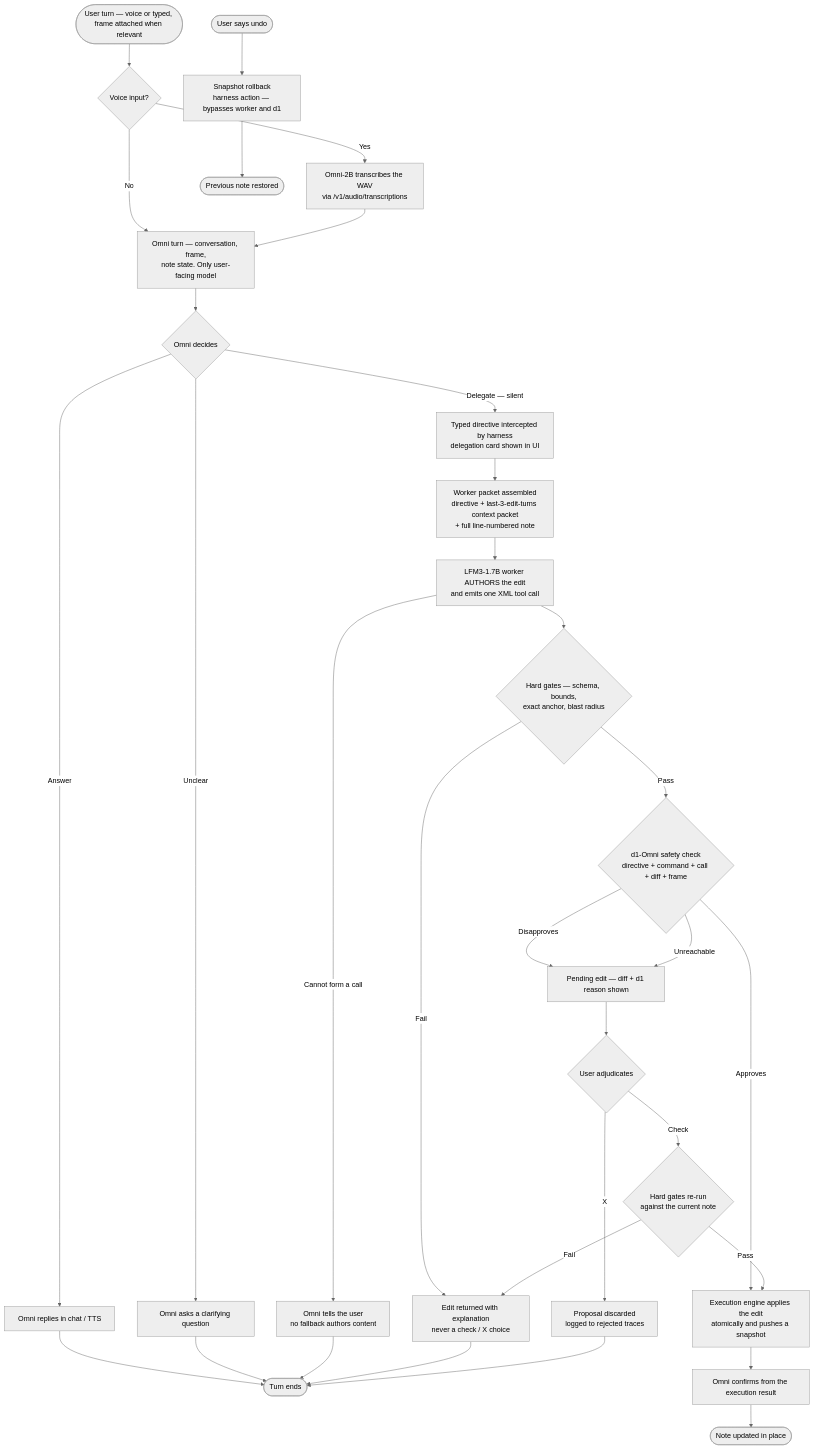
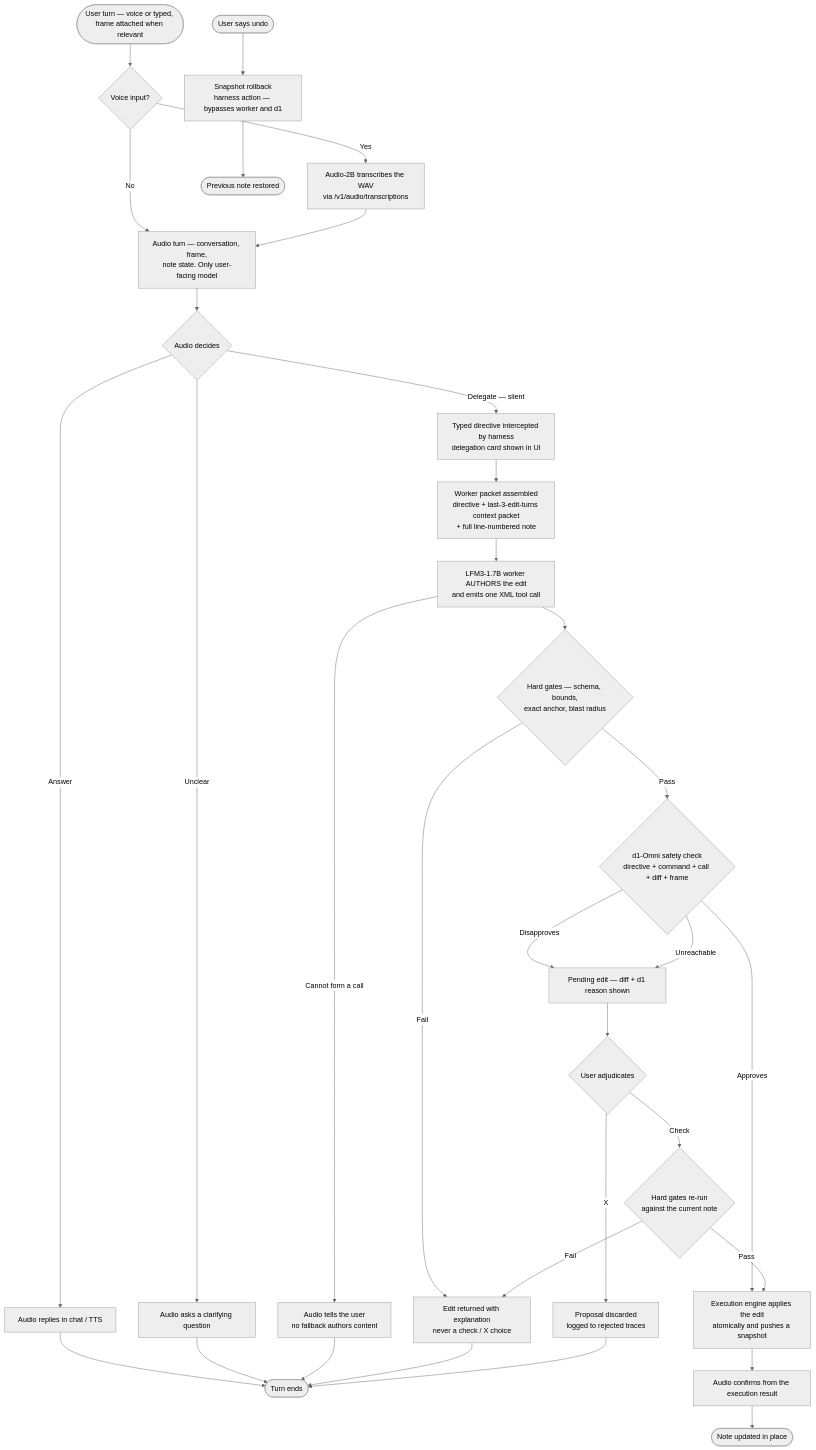
Before and after one commit to Theblackcat98/live-edit: the diagram in docs/live-edit-flowchart.md, drawn with Mermaid (neutral theme). The commit also changed other lines of this file and 25 other files, not shown here.

````diff
--- a/docs/live-edit-flowchart.md
+++ b/docs/live-edit-flowchart.md
@@ -13,34 +15,34 @@
 ```mermaid
 flowchart TD
     Start(["User turn — voice or typed, frame attached when relevant"]) --> Voice{"Voice input?"}
-    Voice -->|Yes| ASR["Omni-2B transcribes the WAV<br/>via /v1/audio/transcriptions"]
-    Voice -->|No| OMNI
-    ASR --> OMNI["Omni turn — conversation, frame,<br/>note state. Only user-facing model"]
-    OMNI --> Decide{"Omni decides"}
-    Decide -->|Answer| Reply["Omni replies in chat / TTS"]
+    Voice -->|Yes| ASR["Audio-2B transcribes the WAV<br/>via /v1/audio/transcriptions"]
+    Voice -->|No| AUDIO
+    ASR --> AUDIO["Audio turn — conversation, frame,<br/>note state. Only user-facing model"]
+    AUDIO --> Decide{"Audio decides"}
+    Decide -->|Answer| Reply["Audio replies in chat / TTS"]
     Reply --> Done(["Turn ends"])
-    Decide -->|Unclear| Clarify["Omni asks a clarifying question"]
+    Decide -->|Unclear| Clarify["Audio asks a clarifying question"]
     Clarify --> Done
     Decide -->|Delegate — silent| Directive["Typed directive intercepted by harness<br/>delegation card shown in UI"]
     Directive --> Packet["Worker packet assembled<br/>directive + last-3-edit-turns context packet<br/>+ full line-numbered note"]
     Packet --> Worker["LFM3-1.7B worker AUTHORS the edit<br/>and emits one XML tool call"]
-    Worker -->|Cannot form a call| Fail["Omni tells the user<br/>no fallback authors content"]
+    Worker -->|Cannot form a call| Fail["Audio tells the user<br/>no fallback authors content"]
     Fail --> Done
     Worker --> Gates{"Hard gates — schema, bounds,<br/>exact anchor, blast radius"}
     Gates -->|Fail| Stale["Edit returned with explanation<br/>never a check / X choice"]
     Stale --> Done
     Gates -->|Pass| D1{"d1-Omni safety check<br/>directive + command + call + diff + frame"}
     D1 -->|Approves| Apply["Execution engine applies the edit<br/>atomically and pushes a snapshot"]
     D1 -->|Disapproves| Pending["Pending edit — diff + d1 reason shown"]
     D1 -->|Unreachable| Pending
     Pending --> UserPick{"User adjudicates"}
     UserPick -->|Check| ReGates{"Hard gates re-run<br/>against the current note"}
     ReGates -->|Pass| Apply
     ReGates -->|Fail| Stale
     UserPick -->|X| Discard["Proposal discarded<br/>logged to rejected traces"]
     Discard --> Done
-    Apply --> Confirm["Omni confirms from the execution result"]
+    Apply --> Confirm["Audio confirms from the execution result"]
     Confirm --> Updated(["Note updated in place"])
     Undo(["User says undo"]) --> Rollback["Snapshot rollback<br/>harness action — bypasses worker and d1"]
     Rollback --> Restored(["Previous note restored"])
 ```
````
